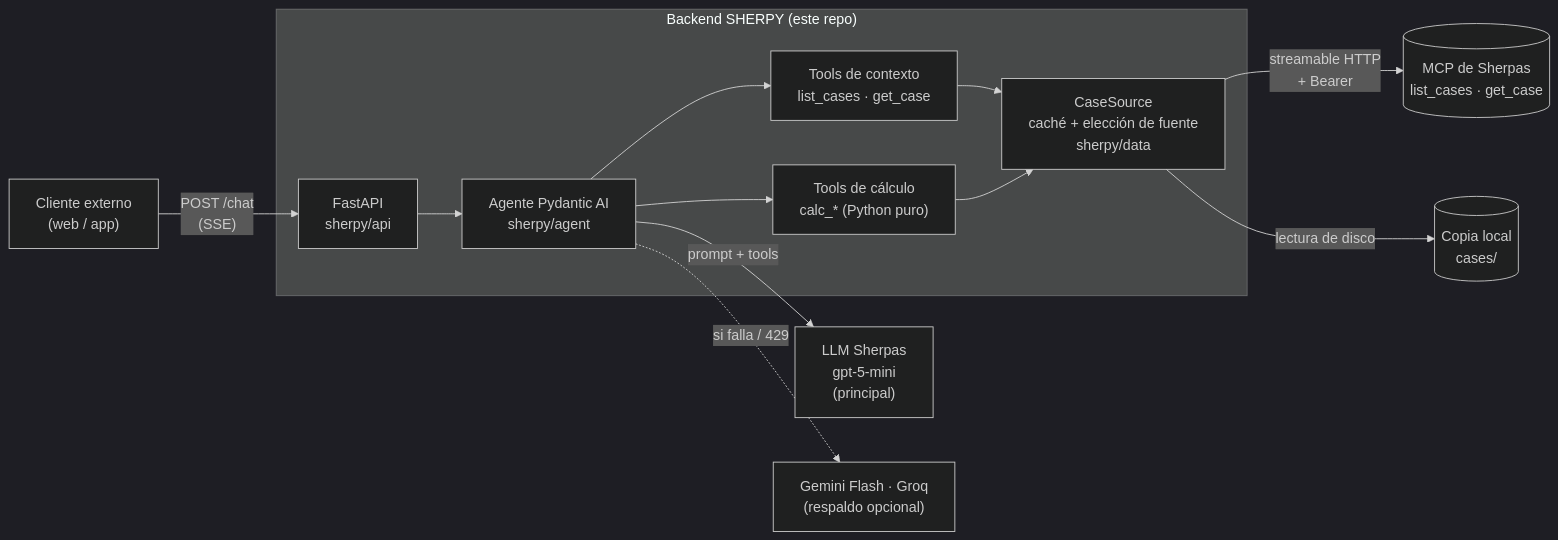
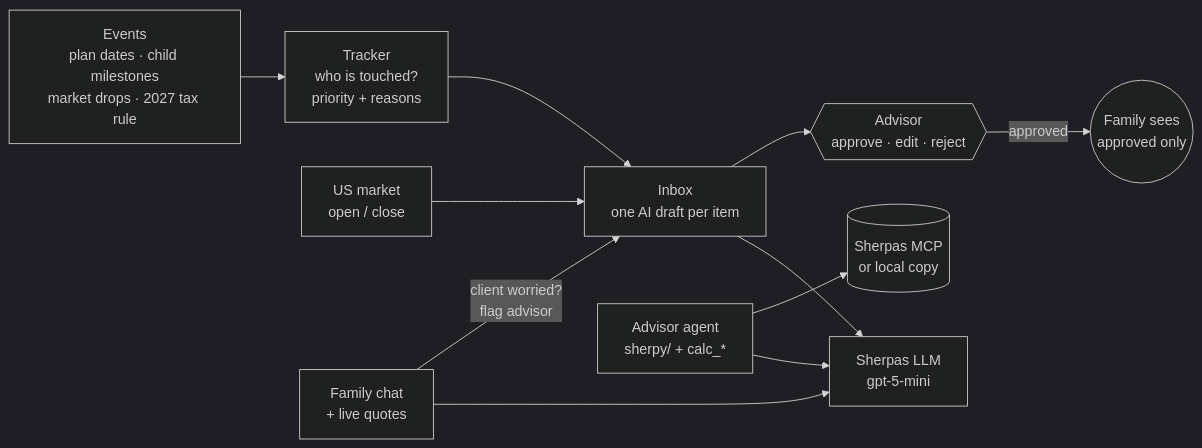
The diagram in README.md (xavier-ventura/SHERPY), drawn with Mermaid (dark theme) before and after one commit. The commit also changed other lines of this file, not shown here.

````diff
--- a/README.md
+++ b/README.md
@@ -55,17 +21,13 @@
 ```mermaid
 flowchart LR
-    C["Cliente externo<br/>(web / app)"] -- "POST /chat<br/>(SSE)" --> API
-
-    subgraph SHERPY["Backend SHERPY (este repo)"]
-        API["FastAPI<br/>sherpy/api"] --> AG["Agente Pydantic AI<br/>sherpy/agent"]
-        AG --> CTX["Tools de contexto<br/>list_cases · get_case"]
-        AG --> CALC["Tools de cálculo<br/>calc_* (Python puro)"]
-        CTX --> SRC["CaseSource<br/>caché + elección de fuente<br/>sherpy/data"]
-        CALC --> SRC
-    end
-
-    AG -- "prompt + tools" --> LLM1["LLM Sherpas<br/>gpt-5-mini<br/>(principal)"]
-    AG -. "si falla / 429" .-> LLM2["Gemini Flash · Groq<br/>(respaldo opcional)"]
-    SRC -- "streamable HTTP<br/>+ Bearer" --> MCP[("MCP de Sherpas<br/>list_cases · get_case")]
-    SRC -- "lectura de disco" --> LOC[("Copia local<br/>cases/")]
+    EV["Events<br/>plan dates · child milestones<br/>market drops · 2027 tax rule"] --> TR["Tracker<br/>who is touched?<br/>priority + reasons"]
+    TR --> IB["Inbox<br/>one AI draft per item"]
+    MS["US market<br/>open / close"] --> IB
+    CH["Family chat<br/>+ live quotes"] -- "client worried?<br/>flag advisor" --> IB
+    IB --> ADV{{"Advisor<br/>approve · edit · reject"}}
+    ADV -- "approved" --> FAM(("Family sees<br/>approved only"))
+    AG["Advisor agent<br/>sherpy/ + calc_*"] --> DATA[("Sherpas MCP<br/>or local copy")]
+    IB --> LLM["Sherpas LLM<br/>gpt-5-mini"]
+    CH --> LLM
+    AG --> LLM
 ```
````
